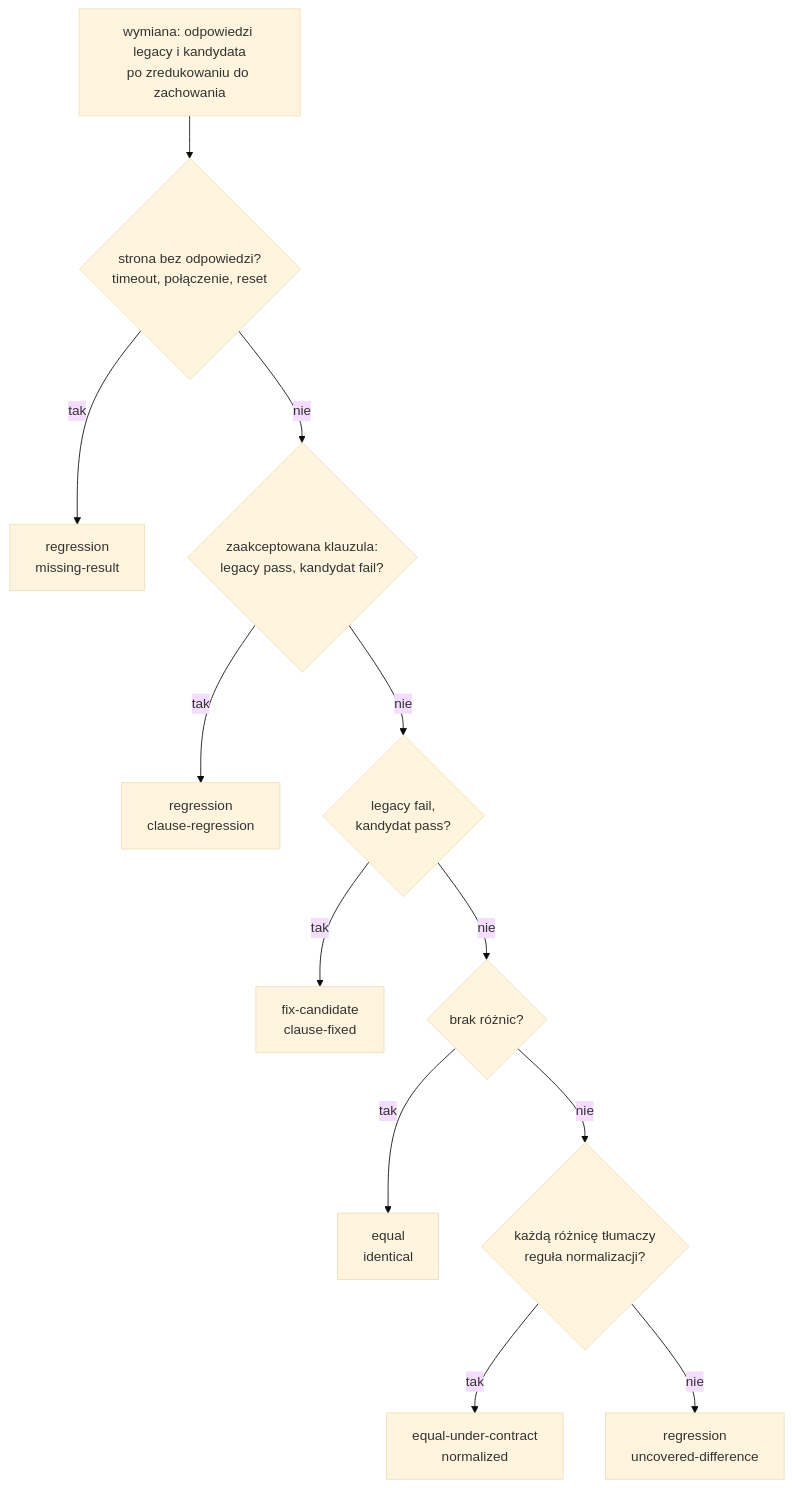
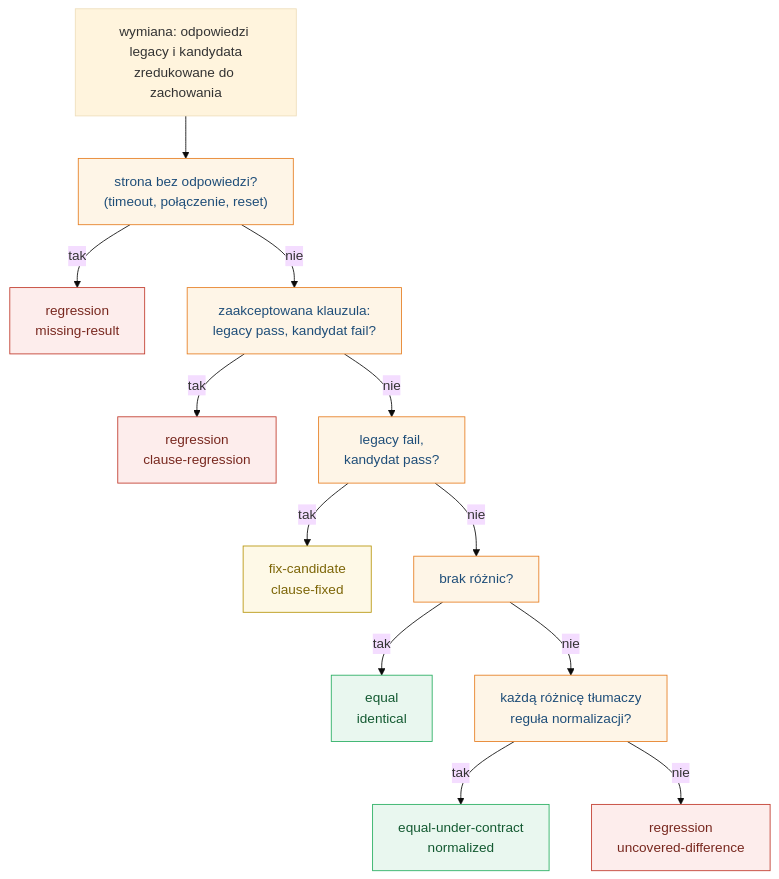
Before and after one commit to konradcinkusz/letsgolegacy.secondkey: the diagram in docs/diagrams/a5-klasy-werdyktu.mmd, drawn with Mermaid (base theme). The commit also changed 23 other files, not shown here.

First line of the commit message:
Framework documentation: every chapter, and diagrams sized for the page

```diff
--- a/docs/diagrams/a5-klasy-werdyktu.mmd
+++ b/docs/diagrams/a5-klasy-werdyktu.mmd
@@ -1,12 +1,20 @@
 flowchart TD
-  S["wymiana: odpowiedzi legacy i kandydata<br/>po zredukowaniu do zachowania"] --> A{"strona bez odpowiedzi?<br/>timeout, połączenie, reset"}
+  S["wymiana: odpowiedzi legacy i kandydata<br/>zredukowane do zachowania"] --> A["strona bez odpowiedzi?<br/>(timeout, połączenie, reset)"]
   A -- tak --> R1["regression<br/>missing-result"]
-  A -- nie --> B{"zaakceptowana klauzula:<br/>legacy pass, kandydat fail?"}
+  A -- nie --> B["zaakceptowana klauzula:<br/>legacy pass, kandydat fail?"]
   B -- tak --> R2["regression<br/>clause-regression"]
-  B -- nie --> C{"legacy fail,<br/>kandydat pass?"}
+  B -- nie --> C["legacy fail,<br/>kandydat pass?"]
   C -- tak --> FC["fix-candidate<br/>clause-fixed"]
-  C -- nie --> D{"brak różnic?"}
+  C -- nie --> D["brak różnic?"]
   D -- tak --> E["equal<br/>identical"]
-  D -- nie --> N{"każdą różnicę tłumaczy<br/>reguła normalizacji?"}
+  D -- nie --> N["każdą różnicę tłumaczy<br/>reguła normalizacji?"]
   N -- tak --> EU["equal-under-contract<br/>normalized"]
   N -- nie --> R3["regression<br/>uncovered-difference"]
+  classDef q fill:#FEF5E7,stroke:#E67E22,color:#1F4E79
+  classDef bad fill:#FDEDEC,stroke:#C0392B,color:#78281F
+  classDef good fill:#E9F7EF,stroke:#27AE60,color:#145A32
+  classDef rev fill:#FEF9E7,stroke:#B7950B,color:#7D6608
+  class A,B,C,D,N q
+  class R1,R2,R3 bad
+  class E,EU good
+  class FC rev
```
